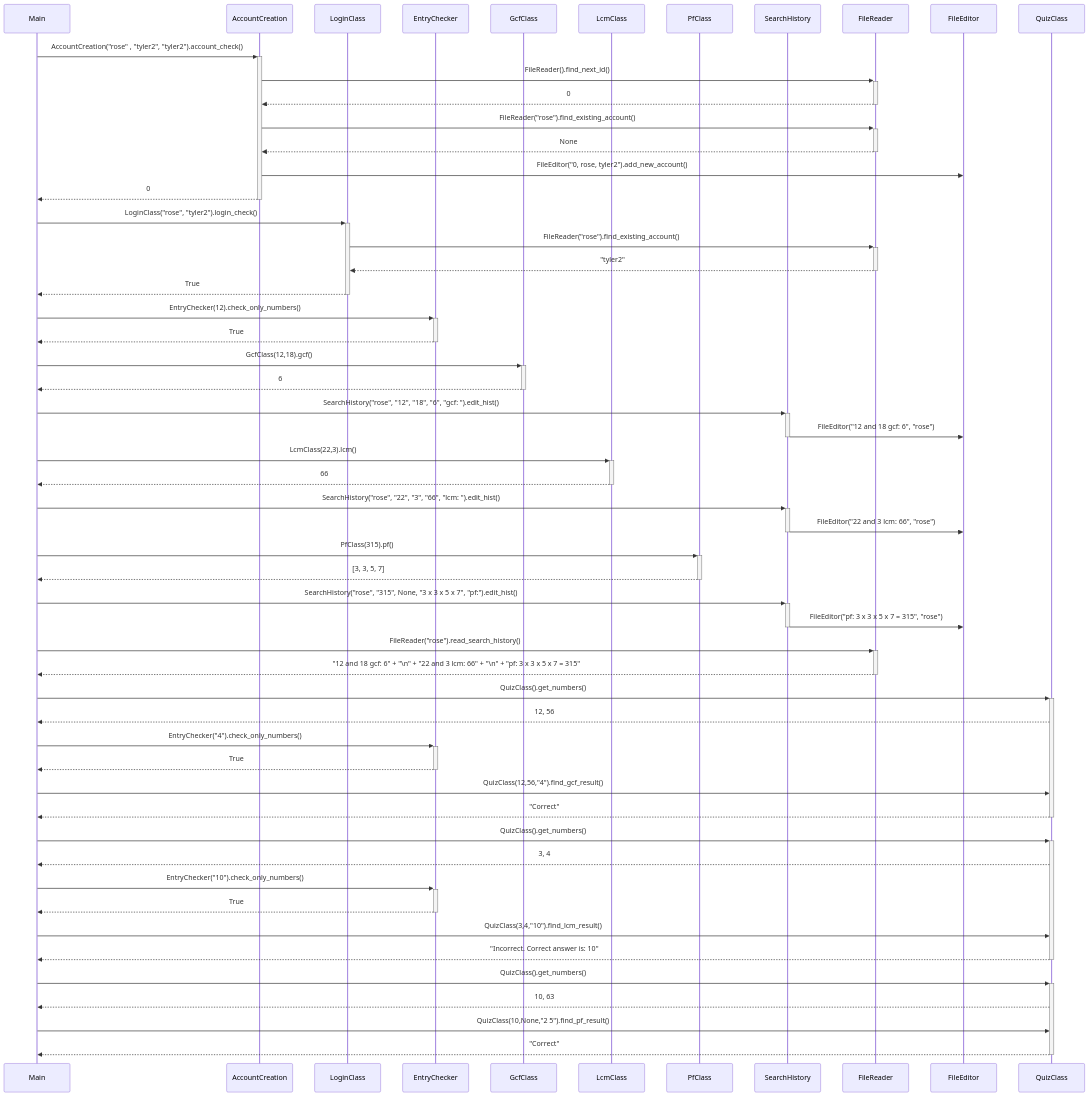
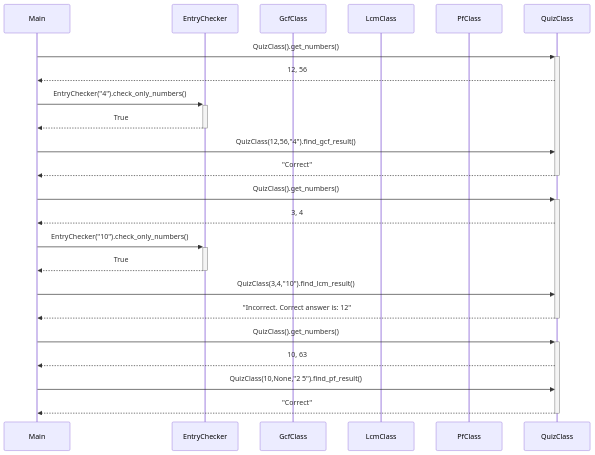
Before and after one commit to SouperSalamander/ot-harjoitustyo: the seventh of 7 diagrams in dokumentaatio/arkkitehtuuri.md, drawn with Mermaid. The commit also changed other lines of this file, not shown here.

````diff
--- a/dokumentaatio/arkkitehtuuri.md
+++ b/dokumentaatio/arkkitehtuuri.md
@@ -86,71 +190,29 @@
 ```mermaid
 sequenceDiagram
   participant Main
-  participant AccountCreation
-  participant LoginClass
   participant EntryChecker
   participant GcfClass
   participant LcmClass
   participant PfClass
-  participant SearchHistory
-  participant FileReader
-  participant FileEditor
   participant QuizClass
-
-  Main->>+AccountCreation: AccountCreation("rose" , "tyler2", "tyler2").account_check()
-  AccountCreation->>+FileReader: FileReader().find_next_id()
-  FileReader-->>-AccountCreation: 0
-  AccountCreation->>+FileReader: FileReader("rose").find_existing_account()
-  FileReader-->>-AccountCreation: None
-  AccountCreation->>FileEditor: FileEditor("0, rose, tyler2").add_new_account()
-  AccountCreation-->>-Main: 0
-
-  Main->>+LoginClass: LoginClass("rose", "tyler2").login_check()
-  LoginClass->>+FileReader: FileReader("rose").find_existing_account()
-  FileReader-->>-LoginClass: "tyler2"
-  LoginClass-->>-Main: True
-
-  Main->>+EntryChecker: EntryChecker(12).check_only_numbers()
-  EntryChecker-->>-Main: True
-
-  Main->>+GcfClass: GcfClass(12,18).gcf()
-  GcfClass -->>-Main: 6
-
-  Main->>+SearchHistory: SearchHistory("rose", "12", "18", "6", "gcf: ").edit_hist()
-  SearchHistory->>-FileEditor: FileEditor("12 and 18 gcf: 6", "rose")
-
-  Main->>+LcmClass: LcmClass(22,3).lcm()
-  LcmClass -->>-Main: 66
-
-  Main->>+SearchHistory: SearchHistory("rose", "22", "3", "66", "lcm: ").edit_hist()
-  SearchHistory->>-FileEditor: FileEditor("22 and 3 lcm: 66", "rose")
-
-  Main->>+PfClass: PfClass(315).pf()
-  PfClass -->>-Main: [3, 3, 5, 7]
-
-  Main->>+SearchHistory: SearchHistory("rose", "315", None, "3 x 3 x 5 x 7", "pf:").edit_hist()
-  SearchHistory->>-FileEditor: FileEditor("pf: 3 x 3 x 5 x 7 = 315", "rose")
-
-  Main->>+FileReader: FileReader("rose").read_search_history()
-  FileReader-->>-Main: "12 and 18 gcf: 6" + "\n" +  "22 and 3 lcm: 66" + "\n" + "pf: 3 x 3 x 5 x 7 = 315"
 
   Main->>+QuizClass: QuizClass().get_numbers()
   QuizClass-->>Main: 12, 56
   Main->>+EntryChecker: EntryChecker("4").check_only_numbers()
   EntryChecker-->>-Main: True
   Main->>QuizClass: QuizClass(12,56,"4").find_gcf_result()
   QuizClass-->>-Main: "Correct"
 
   Main->>+QuizClass: QuizClass().get_numbers()
   QuizClass-->>Main: 3, 4
   Main->>+EntryChecker: EntryChecker("10").check_only_numbers()
   EntryChecker-->>-Main: True
   Main->>QuizClass: QuizClass(3,4,"10").find_lcm_result()
-  QuizClass-->>-Main: "Incorrect. Correct answer is: 10"
+  QuizClass-->>-Main: "Incorrect. Correct answer is: 12"
 
   Main->>+QuizClass: QuizClass().get_numbers()
   QuizClass-->>Main: 10, 63
   Main->>QuizClass: QuizClass(10,None,"2 5").find_pf_result()
   QuizClass-->>-Main: "Correct"
 
 ```
````
